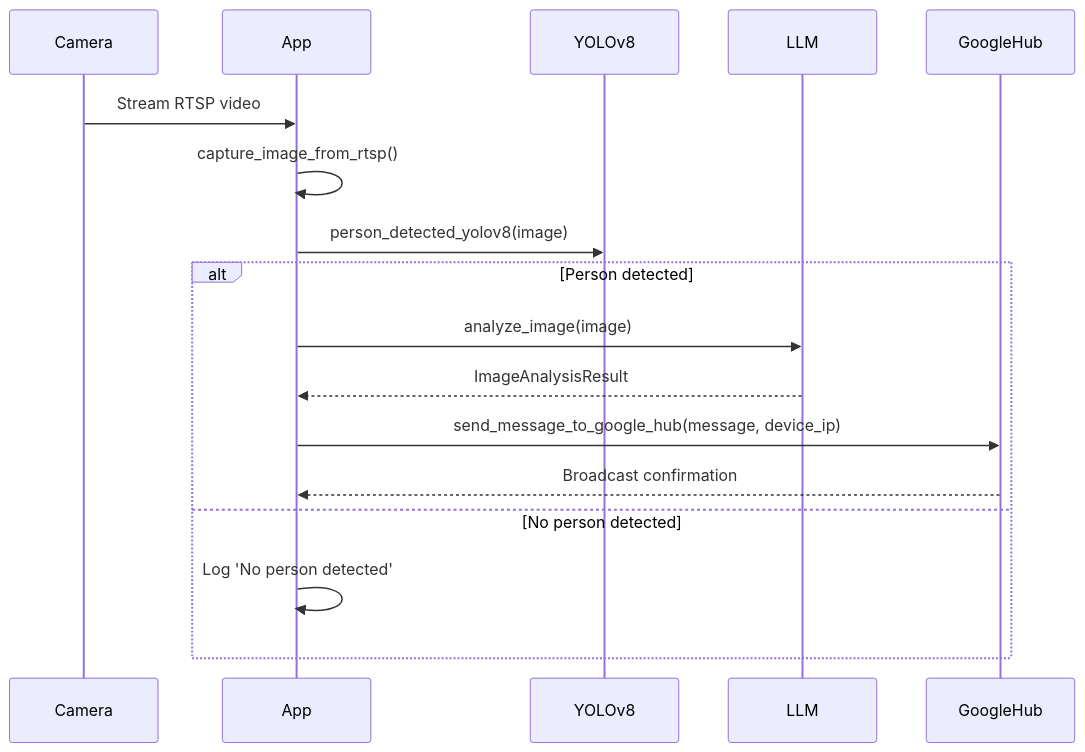
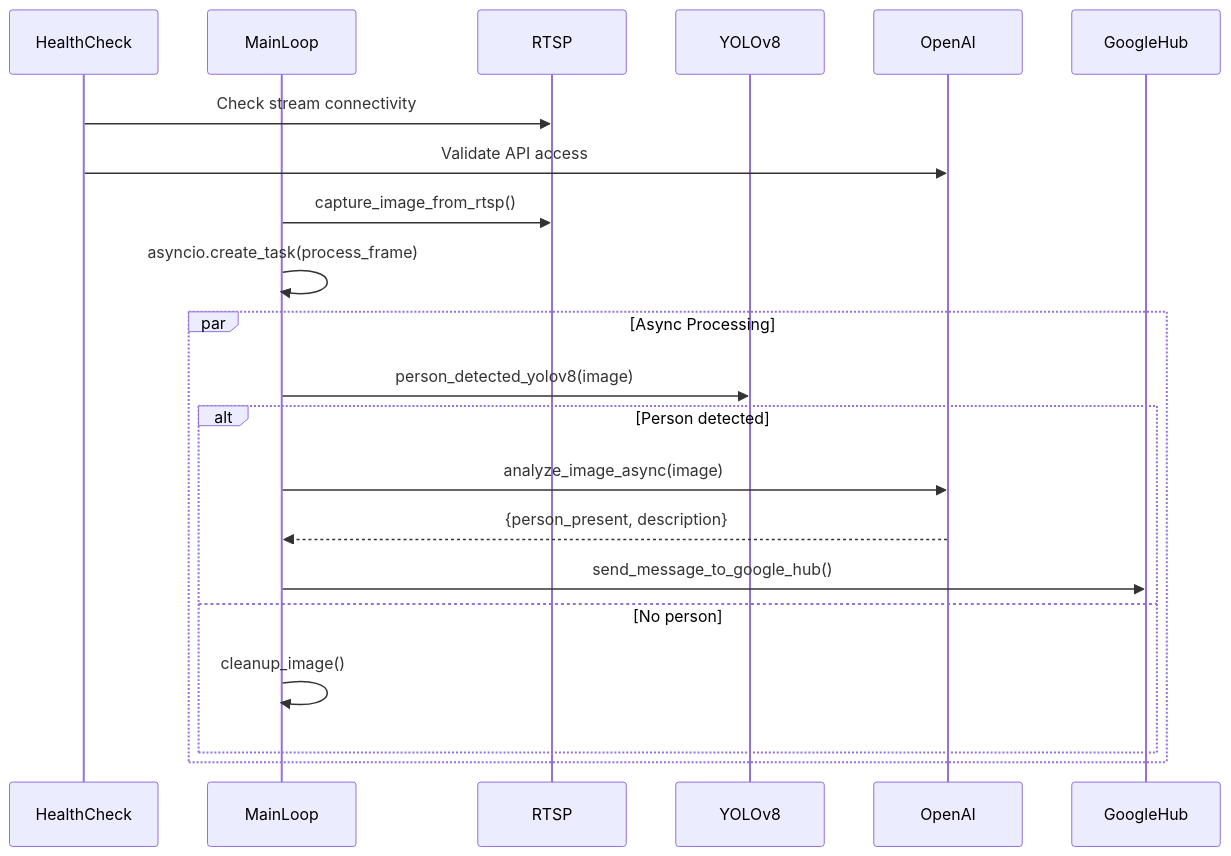
The diagram in README.md (LiteObject/rtsp-processing), drawn with Mermaid before and after one commit. The commit also changed other lines of this file, not shown here.

````diff
--- a/README.md
+++ b/README.md
@@ -81,20 +101,25 @@
 ```mermaid
 sequenceDiagram
-    participant Camera
-    participant App
+    participant HealthCheck
+    participant MainLoop
+    participant RTSP
     participant YOLOv8
-    participant LLM
+    participant OpenAI
     participant GoogleHub
 
-    Camera->>App: Stream RTSP video
-    App->>App: capture_image_from_rtsp()
-    App->>YOLOv8: person_detected_yolov8(image)
-    alt Person detected
-        App->>LLM: analyze_image(image)
-        LLM-->>App: ImageAnalysisResult
-        App->>GoogleHub: send_message_to_google_hub(message, device_ip)
-        GoogleHub-->>App: Broadcast confirmation
-    else No person detected
-        App->>App: Log 'No person detected'
+    HealthCheck->>RTSP: Check stream connectivity
+    HealthCheck->>OpenAI: Validate API access
+    MainLoop->>RTSP: capture_image_from_rtsp()
+    MainLoop->>MainLoop: asyncio.create_task(process_frame)
+    
+    par Async Processing
+        MainLoop->>YOLOv8: person_detected_yolov8(image)
+        alt Person detected
+            MainLoop->>OpenAI: analyze_image_async(image)
+            OpenAI-->>MainLoop: {person_present, description}
+            MainLoop->>GoogleHub: send_message_to_google_hub()
+        else No person
+            MainLoop->>MainLoop: cleanup_image()
+        end
     end
 ```
````
